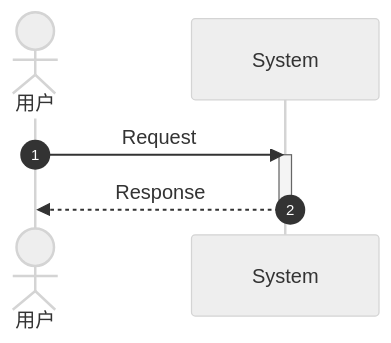
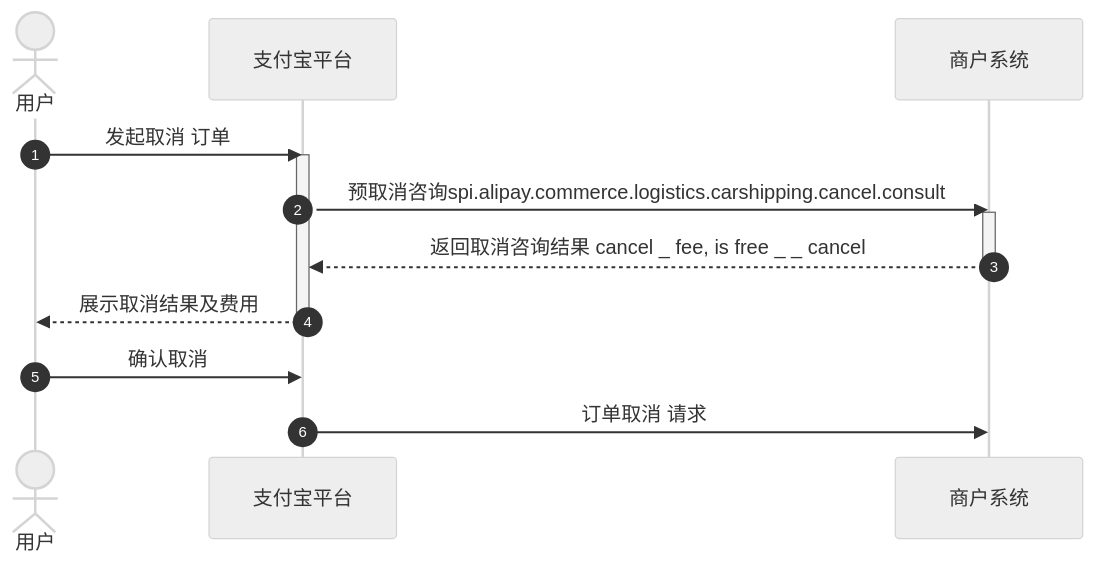
Before and after one commit to pingpm/mermaid_vault: the diagram in notes/取消 订单时序_e57a9910-97b8-4c65-9669-0c2f3234df41.md, drawn with Mermaid (neutral theme). The commit also changed 2 other files, not shown here.

Commit message:
Sync Mermaid Studio data (11 diagrams)

````diff
--- a/notes/取消 订单时序_e57a9910-97b8-4c65-9669-0c2f3234df41.md
+++ b/notes/取消 订单时序_e57a9910-97b8-4c65-9669-0c2f3234df41.md
@@ -3,11 +3,18 @@
 ```mermaid
 sequenceDiagram
   autonumber
   actor p0 as 用户
-  participant p1 as System
-  p0->>p1: Request
+  participant p1 as 支付宝平台
+  participant p2 as 商户系统
+  p0->>p1: 发起取消 订单
   activate p1
-  p1-->>p0: Response
+  p1->>p2: 预取消咨询spi.alipay.commerce.logistics.carshipping.cancel.consult
+  activate p2
+  p2-->>p1: 返回取消咨询结果 cancel _ fee, is free _ _ cancel
+  deactivate p2
+  p1-->>p0: 展示取消结果及费⽤
   deactivate p1
+  p0->>p1: 确认取消
+  p1->>p2: 订单取消 请求
 
 ```
````
